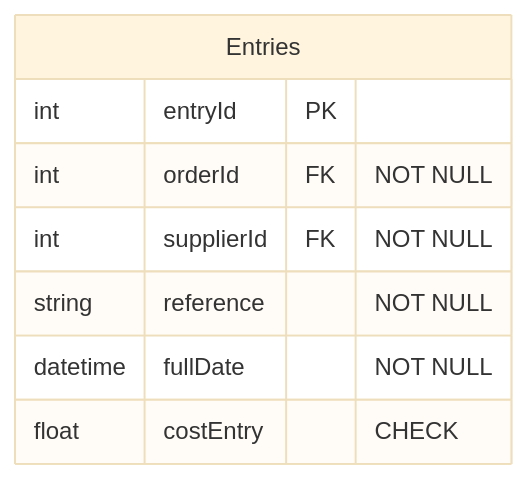
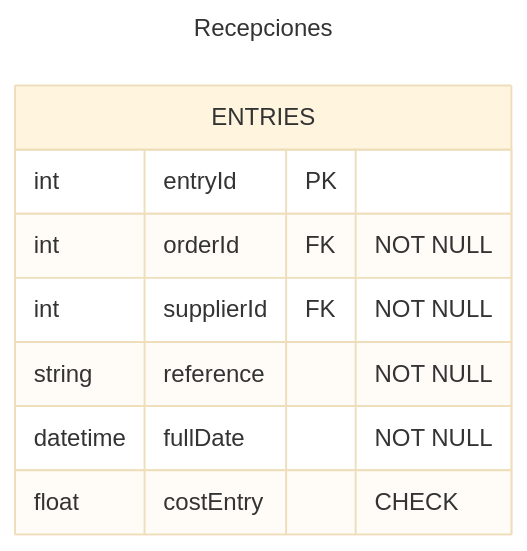
One commit to rosendocamal/homeworks changed diagram 21 of 30 in 4to-Cuatrimestre/fundamentos-base-datos/proyecto/proyecto.md. Above: the diagram before and after it, drawn with Mermaid (base theme). The commit also changed other lines of this file and 1 other file, not shown here.

````diff
--- a/4to-Cuatrimestre/fundamentos-base-datos/proyecto/proyecto.md
+++ b/4to-Cuatrimestre/fundamentos-base-datos/proyecto/proyecto.md
@@ -426,11 +432,14 @@
 ```mermaid
+---
+title: Recepciones
+---
 erDiagram
-	Entries {
+	ENTRIES {
 		int entryId PK
 		int orderId FK "NOT NULL"
 		int supplierId FK "NOT NULL"
 		string reference "NOT NULL"
 		datetime fullDate "NOT NULL"
 		float costEntry "CHECK"
 	}
 ```
````
